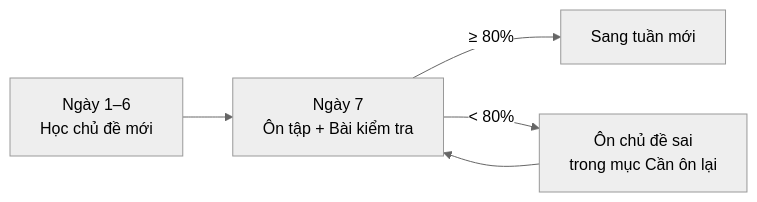
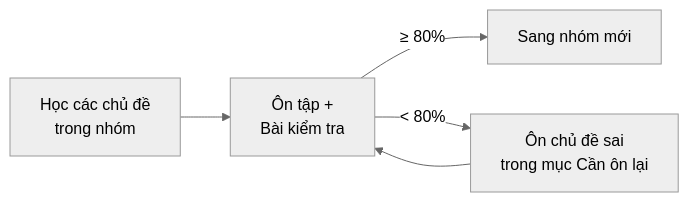
The second of 2 diagrams in docs/phuong-phap-hoc.mdx (thangnguyen4567/EnglishByYourSelf), drawn with Mermaid (neutral theme) before and after one commit. The commit also changed other lines of this file and 56 other files, not shown here.

Commit message:
Remove roadmap

````diff
--- a/docs/phuong-phap-hoc.mdx
+++ b/docs/phuong-phap-hoc.mdx
@@ -34,7 +34,7 @@
 ```mermaid
 flowchart LR
-    A[Ngày 1–6<br/>Học chủ đề mới] --> B[Ngày 7<br/>Ôn tập + Bài kiểm tra]
-    B -->|≥ 80%| C[Sang tuần mới]
+    A[Học các chủ đề<br/>trong nhóm] --> B[Ôn tập +<br/>Bài kiểm tra]
+    B -->|≥ 80%| C[Sang nhóm mới]
     B -->|< 80%| D[Ôn chủ đề sai<br/>trong mục Cần ôn lại]
     D --> B
 ```
````
